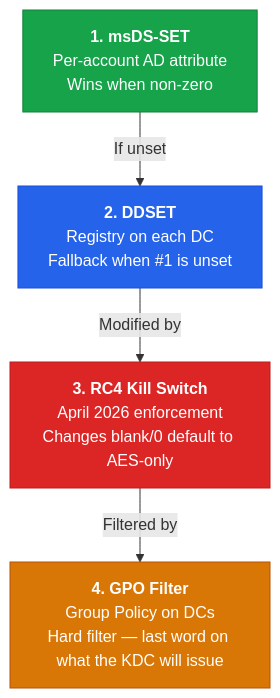
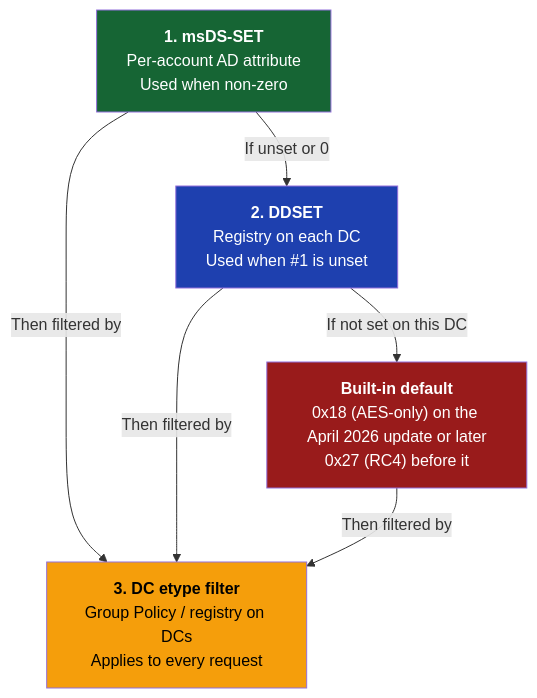
Before and after one commit to StrongWind1/Kerberos: the second of 4 diagrams in content/security/quick-start.md, drawn with Mermaid. The commit also changed other lines of this file and 117 other files, not shown here.

````diff
--- a/content/security/quick-start.md
+++ b/content/security/quick-start.md
@@ -92,16 +100,18 @@
 ```mermaid
 flowchart TD
-    A["<b>1. msDS-SET</b>\nPer-account AD attribute\nWins when non-zero"]
-    B["<b>2. DDSET</b>\nRegistry on each DC\nFallback when #1 is unset"]
-    C["<b>3. RC4 Kill Switch</b>\nApril 2026 enforcement\nChanges blank/0 default to AES-only"]
-    D["<b>4. GPO Filter</b>\nGroup Policy on DCs\nHard filter — last word on what the KDC will issue"]
+    A["<b>1. msDS-SET</b>\nPer-account AD attribute\nUsed when non-zero"]
+    B["<b>2. DDSET</b>\nRegistry on each DC\nUsed when #1 is unset"]
+    C["<b>Built-in default</b>\n0x18 (AES-only) on the April 2026 update or later\n0x27 (RC4) before it"]
+    D["<b>3. DC etype filter</b>\nGroup Policy / registry on DCs\nApplies to every request"]
 
-    A -->|"If unset"| B
-    B -->|"Modified by"| C
-    C -->|"Filtered by"| D
+    A -->|"If unset or 0"| B
+    B -->|"If not set on this DC"| C
+    A -->|"Then filtered by"| D
+    B -->|"Then filtered by"| D
+    C -->|"Then filtered by"| D
 
-    style A fill:#16a34a,stroke:#15803d,color:#fff
-    style B fill:#2563eb,stroke:#1d4ed8,color:#fff
-    style C fill:#dc2626,stroke:#b91c1c,color:#fff
-    style D fill:#d97706,stroke:#b45309,color:#fff
+    style A fill:#166534,color:#fff
+    style B fill:#1e40af,color:#fff
+    style C fill:#991b1b,color:#fff
+    style D fill:#f59e0b,color:#000
 ```
````
